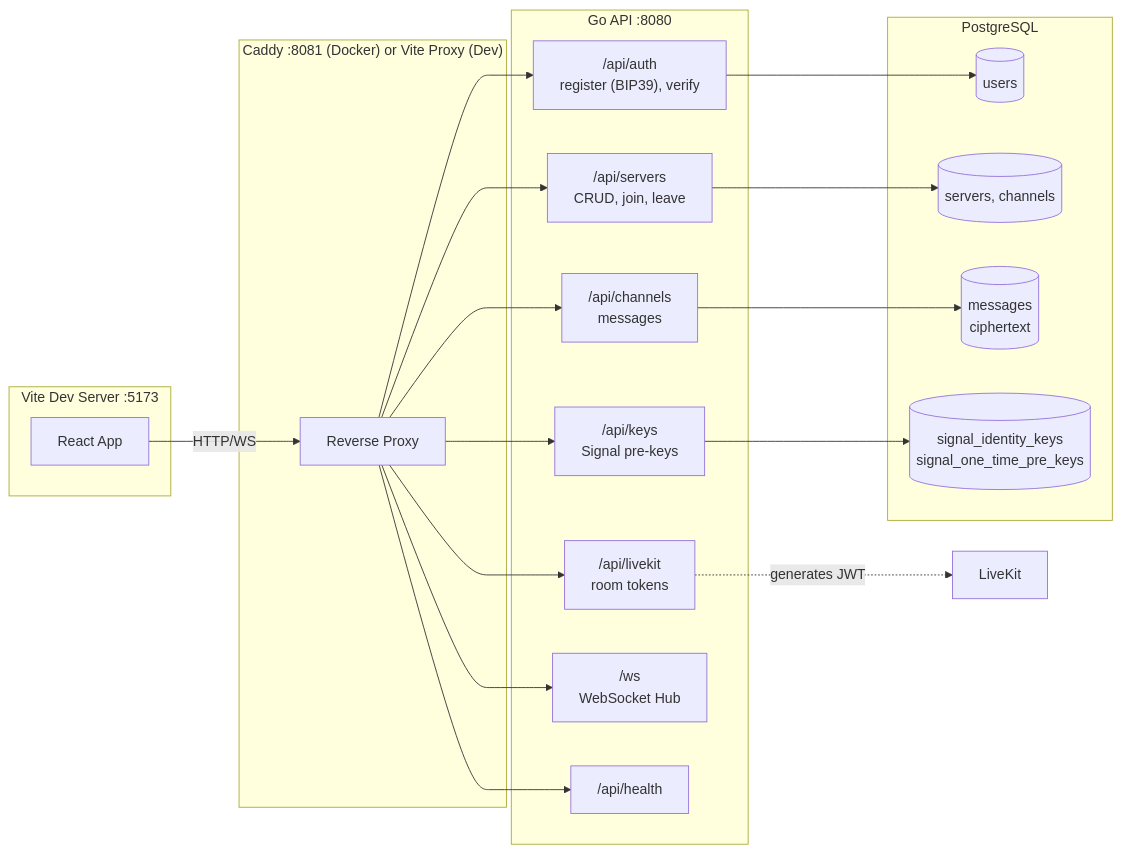
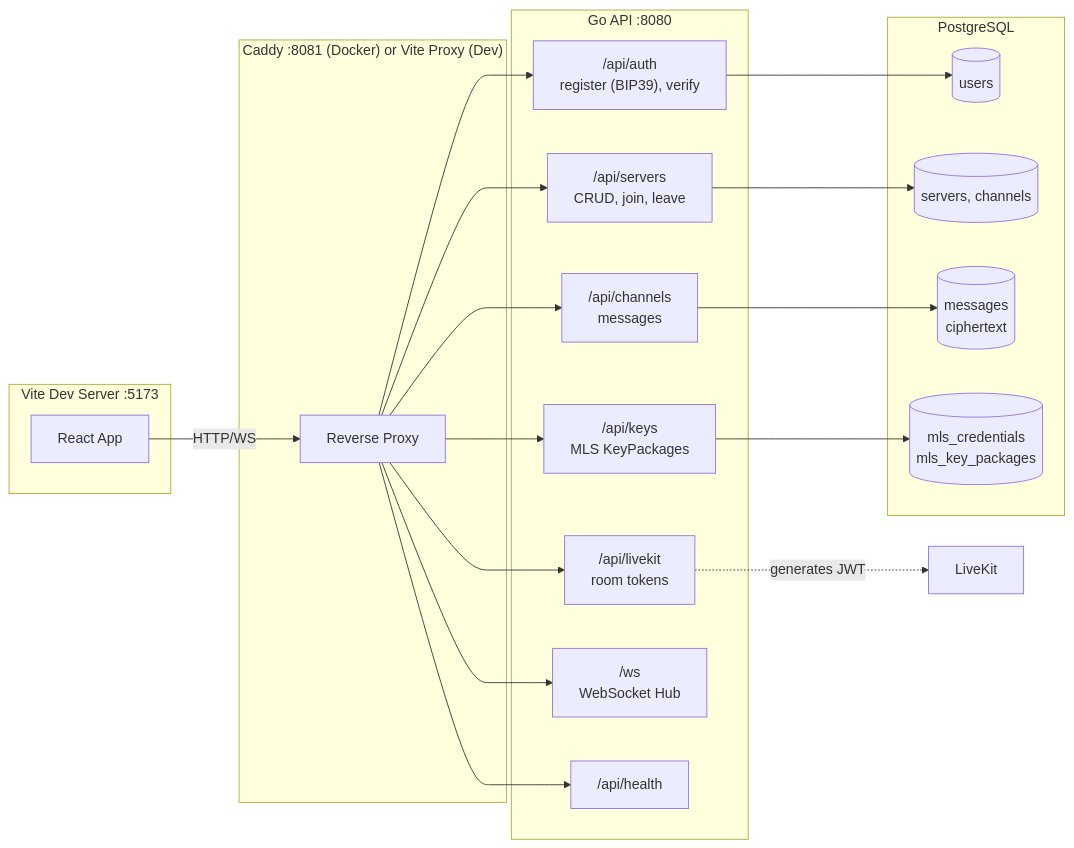
Before and after one commit to YarinCardillo/hush-app: the third of 6 diagrams in docs/SETUP.md, drawn with Mermaid. The commit also changed other lines of this file and 2 other files, not shown here.

First line of the commit message:
docs: update README, SETUP, MLS_MIGRATION to reflect completed MLS migration and Phase O

````diff
--- a/docs/SETUP.md
+++ b/docs/SETUP.md
@@ -316,42 +316,42 @@
 ```mermaid
 graph LR
   subgraph "Vite Dev Server :5173"
     React[React App]
   end
 
   subgraph "Caddy :8081 (Docker) or Vite Proxy (Dev)"
     Proxy[Reverse Proxy]
   end
 
   subgraph "Go API :8080"
     Auth["/api/auth<br/>register (BIP39), verify"]
     Servers["/api/servers<br/>CRUD, join, leave"]
     Channels["/api/channels<br/>messages"]
-    Keys["/api/keys<br/>Signal pre-keys"]
+    Keys["/api/keys<br/>MLS KeyPackages"]
     LKTokens["/api/livekit<br/>room tokens"]
     WS["/ws<br/>WebSocket Hub"]
     Health["/api/health"]
   end
 
   subgraph "PostgreSQL"
     Users[(users)]
     ServersDB[(servers, channels)]
     Messages[(messages<br/>ciphertext)]
-    SignalKeys[(signal_identity_keys<br/>signal_one_time_pre_keys)]
+    MLSKeys[(mls_credentials<br/>mls_key_packages)]
   end
 
   React -->|"HTTP/WS"| Proxy
   Proxy --> Auth
   Proxy --> Servers
   Proxy --> Channels
   Proxy --> Keys
   Proxy --> LKTokens
   Proxy --> WS
   Proxy --> Health
 
   Auth --> Users
   Servers --> ServersDB
   Channels --> Messages
-  Keys --> SignalKeys
+  Keys --> MLSKeys
   LKTokens -.->|"generates JWT"| LiveKit["LiveKit"]
 ```
````
